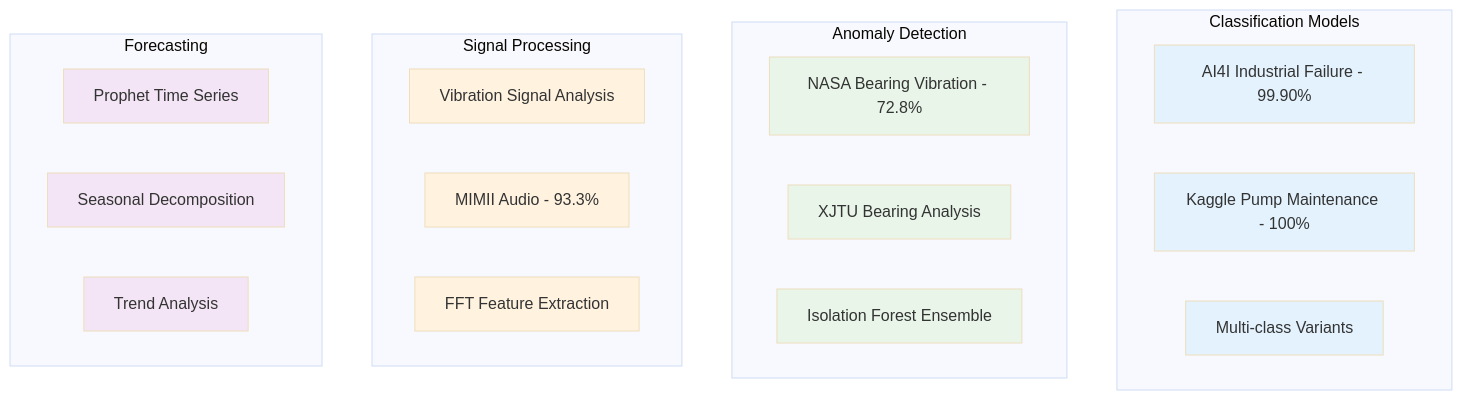
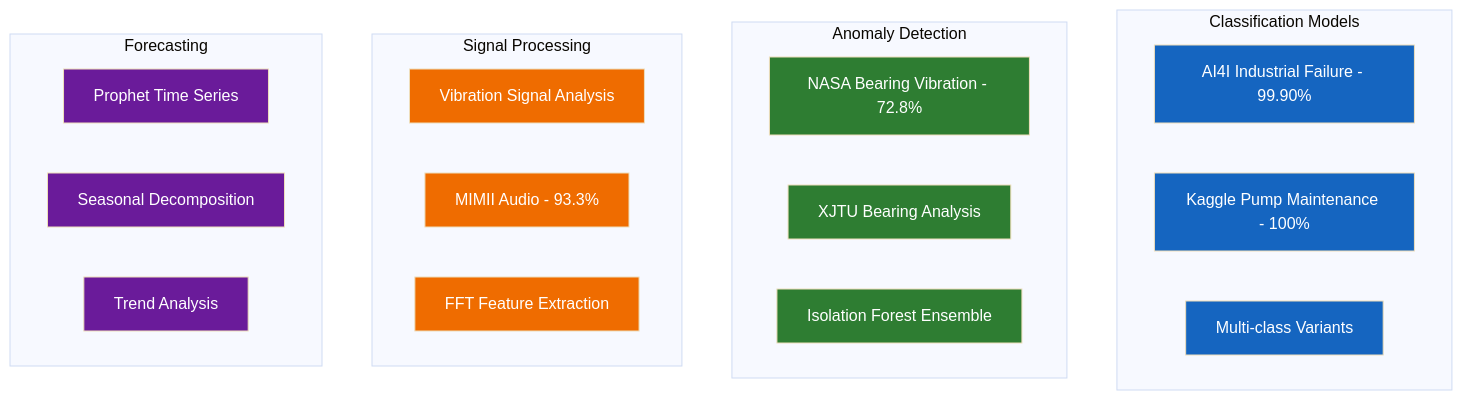
One commit to YanCotta/enterprise_challenge_sprint_1_hermes_reply changed the seventh of 16 diagrams in smart-maintenance-saas/docs/SYSTEM_AND_ARCHITECTURE.md. Above: the diagram before and after it, drawn with Mermaid (base theme). The commit also changed other lines of this file, not shown here.

Commit message:
feat: update class definitions in architecture diagrams for improved clarity and consistency

````diff
--- a/smart-maintenance-saas/docs/SYSTEM_AND_ARCHITECTURE.md
+++ b/smart-maintenance-saas/docs/SYSTEM_AND_ARCHITECTURE.md
@@ -486,36 +491,36 @@
 ```mermaid
 graph TD
     subgraph "Classification Models"
         AI4I[AI4I Industrial Failure - 99.90%]
         PUMP[Kaggle Pump Maintenance - 100%]
         MULTI[Multi-class Variants]
     end
 
     subgraph "Anomaly Detection"
         NASA[NASA Bearing Vibration - 72.8%]
         XJTU[XJTU Bearing Analysis]
         ISOLATION[Isolation Forest Ensemble]
     end
 
     subgraph "Signal Processing"
         VIBRATION[Vibration Signal Analysis]
         AUDIO[MIMII Audio - 93.3%]
         FFT[FFT Feature Extraction]
     end
 
     subgraph "Forecasting"
         PROPHET[Prophet Time Series]
         SEASONAL[Seasonal Decomposition]
         TREND[Trend Analysis]
     end
 
-    classDef classification fill:#e3f2fd
-    classDef anomaly fill:#e8f5e8
-    classDef signal fill:#fff3e0
-    classDef forecast fill:#f3e5f5
+    classDef classification fill:#1565C0,color:#ffffff
+    classDef anomaly fill:#2E7D32,color:#ffffff
+    classDef signal fill:#EF6C00,color:#ffffff
+    classDef forecast fill:#6A1B9A,color:#ffffff
 
     class AI4I,PUMP,MULTI classification
     class NASA,XJTU,ISOLATION anomaly
     class VIBRATION,AUDIO,FFT signal
     class PROPHET,SEASONAL,TREND forecast
 ```
````
